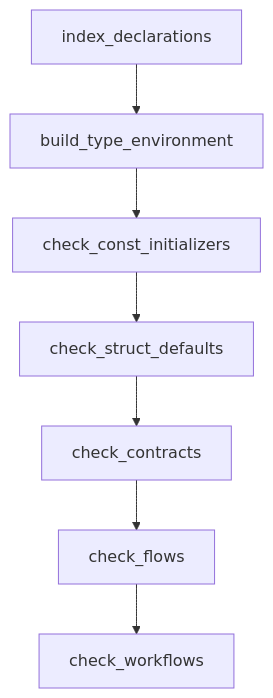
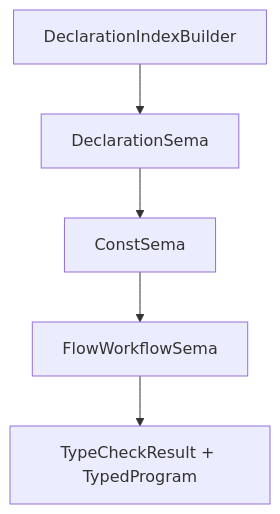
The third of 4 diagrams in docs/design/semantics-architecture.zh.md (Zzzode/AHFL), drawn with Mermaid before and after one commit. The commit also changed other lines of this file and 26 other files, not shown here.

````diff
--- a/docs/design/semantics-architecture.zh.md
+++ b/docs/design/semantics-architecture.zh.md
@@ -204,9 +214,7 @@
 ```mermaid
 flowchart TD
-    IndexDeclarations["index_declarations"] --> BuildTypeEnvironment["build_type_environment"]
-    BuildTypeEnvironment --> CheckConstInitializers["check_const_initializers"]
-    CheckConstInitializers --> CheckStructDefaults["check_struct_defaults"]
-    CheckStructDefaults --> CheckContracts["check_contracts"]
-    CheckContracts --> CheckFlows["check_flows"]
-    CheckFlows --> CheckWorkflows["check_workflows"]
+    IndexDeclarations["DeclarationIndexBuilder"] --> Declarations["DeclarationSema"]
+    Declarations --> Const["ConstSema"]
+    Const --> Executables["FlowWorkflowSema"]
+    Executables --> Result["TypeCheckResult + TypedProgram"]
 ```
````
